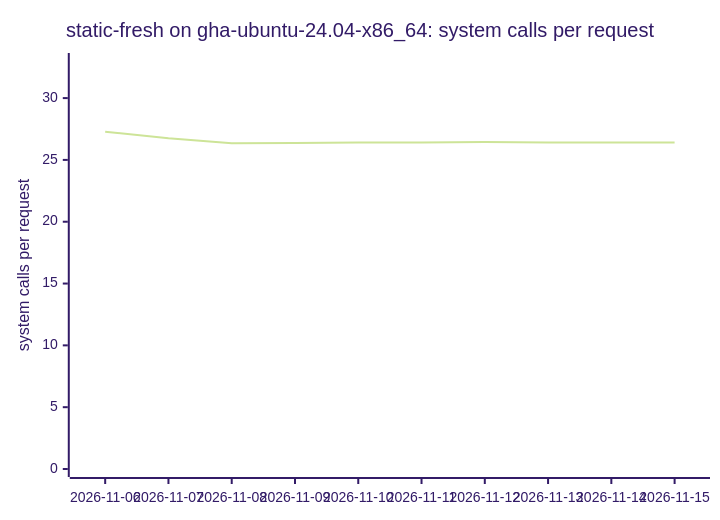
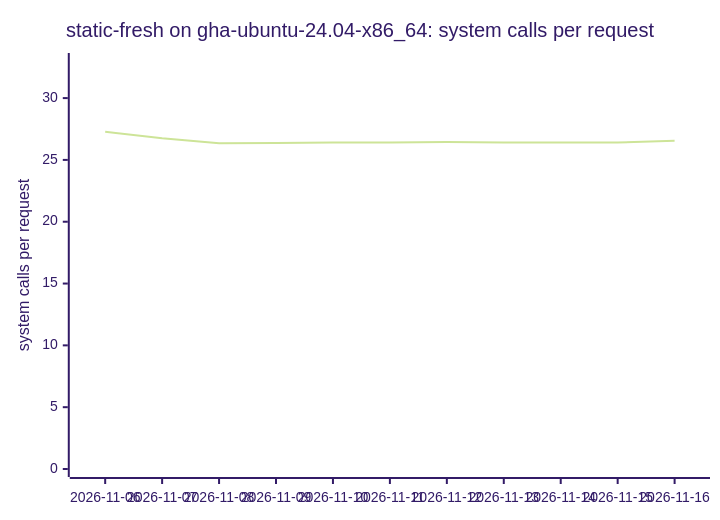
Diagram 12 of 18 in BENCHMARKS.md (ThePixelPilgrim/durchlauferhitzer), drawn with Mermaid (forest theme) before and after one commit. The commit also changed other lines of this file and 1 other file, not shown here.

````diff
--- a/BENCHMARKS.md
+++ b/BENCHMARKS.md
@@ -138,7 +138,7 @@
 ```mermaid
 xychart-beta
   title "static-fresh on gha-ubuntu-24.04-x86_64: system calls per request"
-  x-axis ["2026-11-06", "2026-11-07", "2026-11-08", "2026-11-09", "2026-11-10", "2026-11-11", "2026-11-12", "2026-11-13", "2026-11-14", "2026-11-15"]
+  x-axis ["2026-11-06", "2026-11-07", "2026-11-08", "2026-11-09", "2026-11-10", "2026-11-11", "2026-11-12", "2026-11-13", "2026-11-14", "2026-11-15", "2026-11-16"]
   y-axis "system calls per request" 0 --> 33
-  line [27.28, 26.75, 26.35, 26.36, 26.40, 26.40, 26.45, 26.40, 26.40, 26.41]
+  line [27.28, 26.75, 26.35, 26.36, 26.40, 26.40, 26.45, 26.40, 26.40, 26.41, 26.54]
 ```
````
